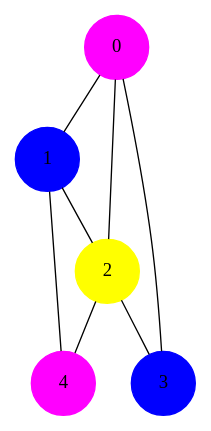
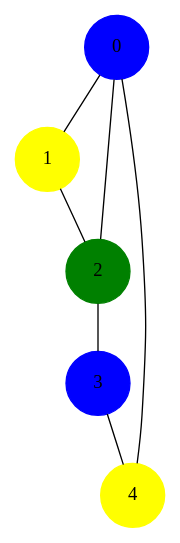
The diagram in cursach/graph_coloring/file.dot (dryagindenisrus/ssanie-labi), drawn with Graphviz before and after one commit. The commit also changed 25 other files, not shown here.

```diff
--- a/cursach/graph_coloring/file.dot
+++ b/cursach/graph_coloring/file.dot
@@ -1,15 +1,14 @@
 graph Graph_сoloring { 
 	node [shape=circle width=0.66 style=filled]
-	0 [color = magenta label="0"]
-	1 [color = blue label="1"]
-	2 [color = yellow label="2"]
+	0 [color = blue label="0"]
+	1 [color = yellow label="1"]
+	2 [color = green label="2"]
 	3 [color = blue label="3"]
-	4 [color = magenta label="4"]
+	4 [color = yellow label="4"]
 	0 -- 1;
 	0 -- 2;
-	0 -- 3;
+	0 -- 4;
 	1 -- 2;
-	1 -- 4;
 	2 -- 3;
-	2 -- 4;
+	3 -- 4;
 }
```
